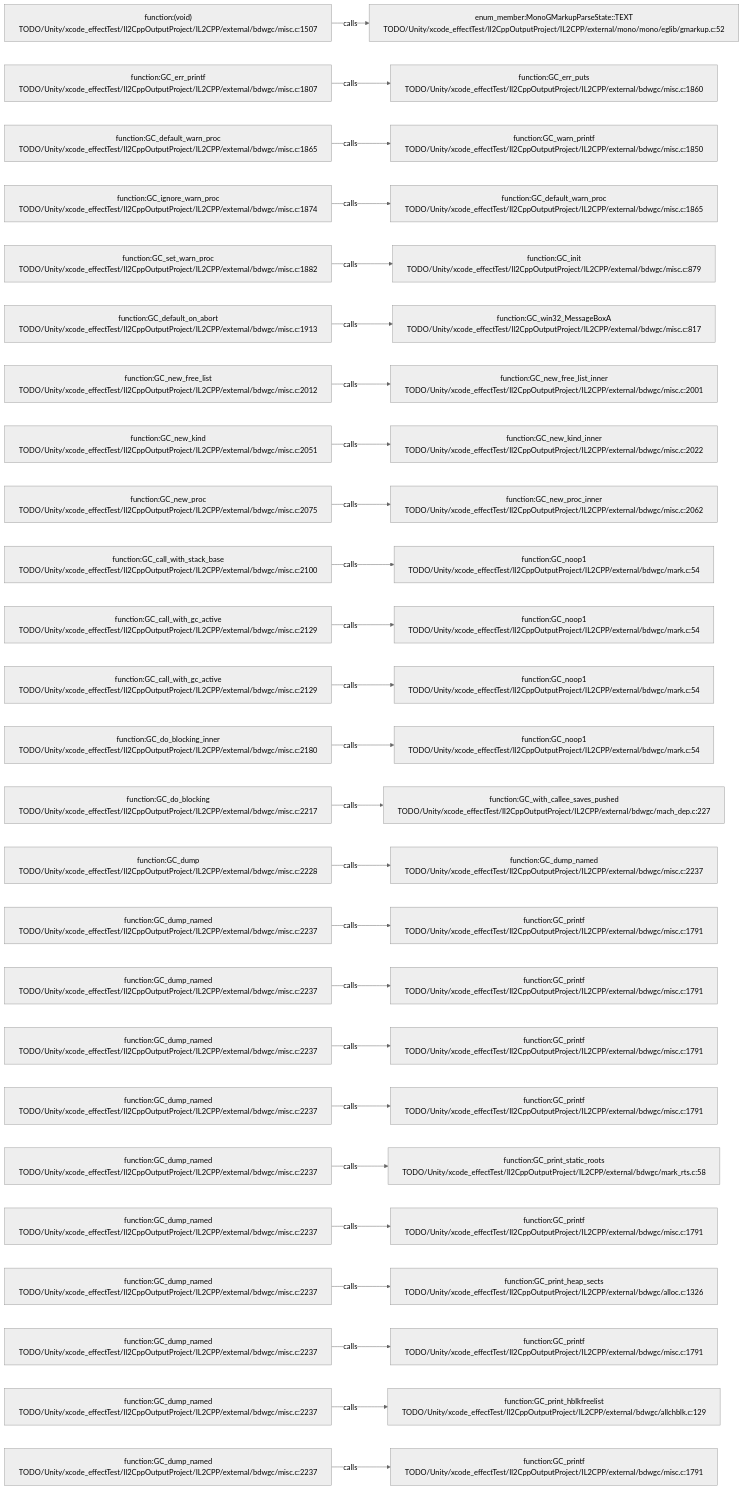
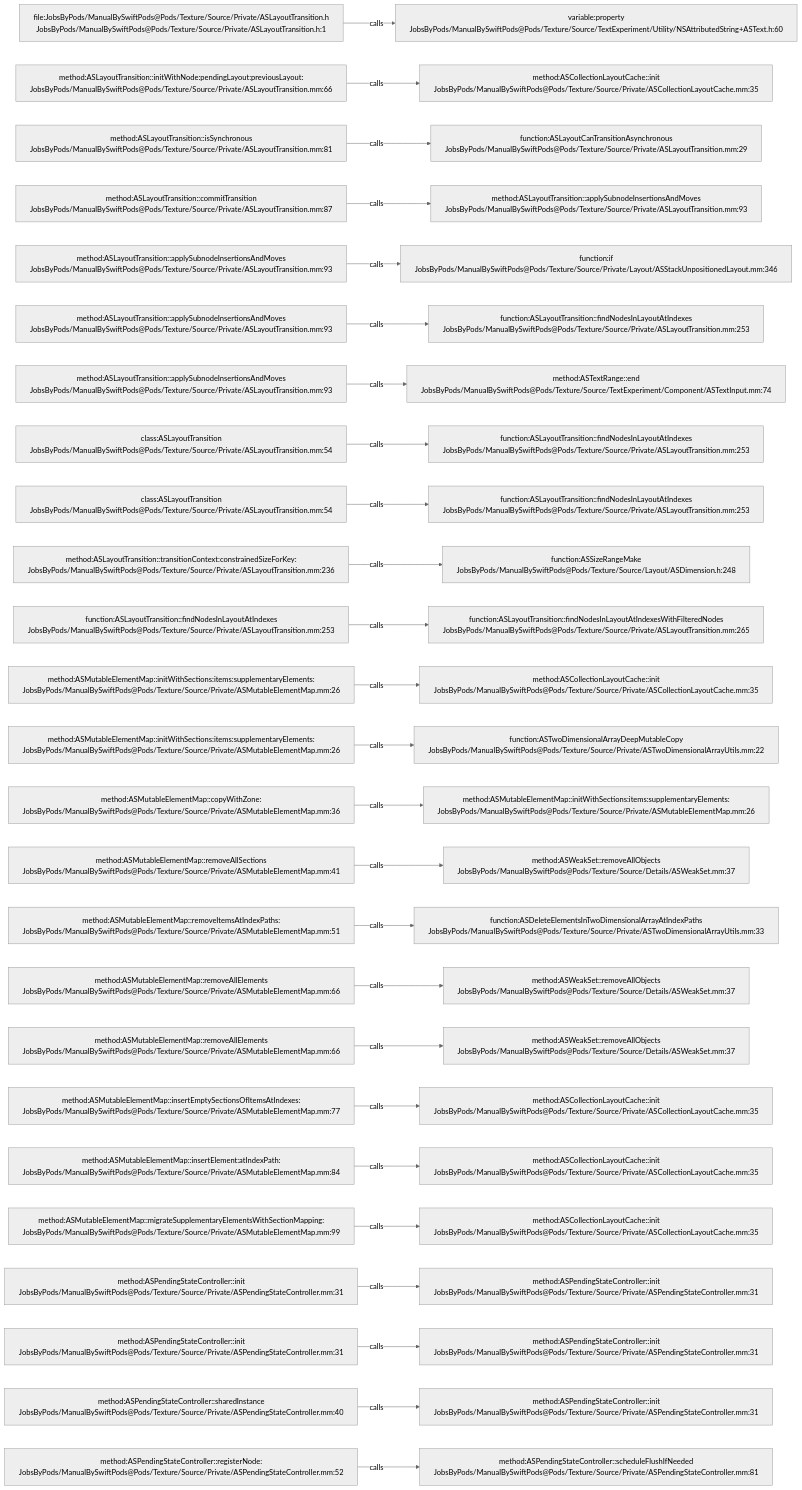
Before and after one commit to JobsKits/JobsSwiftBaseConfigDemo: the diagram in .codegraph/codegraph.md/graphs/calls-140.md, drawn with Mermaid (neutral theme). The commit also changed 2959 other files, not shown here.

````diff
--- a/.codegraph/codegraph.md/graphs/calls-140.md
+++ b/.codegraph/codegraph.md/graphs/calls-140.md
@@ -13,78 +13,78 @@
 ```mermaid
 flowchart LR
-  S1["function:(void)<br/>TODO/Unity/xcode_effectTest/Il2CppOutputProject/IL2CPP/external/bdwgc/misc.c:1507"]
-  T1["enum_member:MonoGMarkupParseState::TEXT<br/>TODO/Unity/xcode_effectTest/Il2CppOutputProject/IL2CPP/external/mono/mono/eglib/gmarkup.c:52"]
+  S1["file:JobsByPods/ManualBySwiftPods@Pods/Texture/Source/Private/ASLayoutTransition.h<br/>JobsByPods/ManualBySwiftPods@Pods/Texture/Source/Private/ASLayoutTransition.h:1"]
+  T1["variable:property<br/>JobsByPods/ManualBySwiftPods@Pods/Texture/Source/TextExperiment/Utility/NSAttributedString+ASText.h:60"]
   S1 -->|calls| T1
-  S2["function:GC_err_printf<br/>TODO/Unity/xcode_effectTest/Il2CppOutputProject/IL2CPP/external/bdwgc/misc.c:1807"]
-  T2["function:GC_err_puts<br/>TODO/Unity/xcode_effectTest/Il2CppOutputProject/IL2CPP/external/bdwgc/misc.c:1860"]
+  S2["method:ASLayoutTransition::initWithNode:pendingLayout:previousLayout:<br/>JobsByPods/ManualBySwiftPods@Pods/Texture/Source/Private/ASLayoutTransition.mm:66"]
+  T2["method:ASCollectionLayoutCache::init<br/>JobsByPods/ManualBySwiftPods@Pods/Texture/Source/Private/ASCollectionLayoutCache.mm:35"]
   S2 -->|calls| T2
-  S3["function:GC_default_warn_proc<br/>TODO/Unity/xcode_effectTest/Il2CppOutputProject/IL2CPP/external/bdwgc/misc.c:1865"]
-  T3["function:GC_warn_printf<br/>TODO/Unity/xcode_effectTest/Il2CppOutputProject/IL2CPP/external/bdwgc/misc.c:1850"]
+  S3["method:ASLayoutTransition::isSynchronous<br/>JobsByPods/ManualBySwiftPods@Pods/Texture/Source/Private/ASLayoutTransition.mm:81"]
+  T3["function:ASLayoutCanTransitionAsynchronous<br/>JobsByPods/ManualBySwiftPods@Pods/Texture/Source/Private/ASLayoutTransition.mm:29"]
   S3 -->|calls| T3
-  S4["function:GC_ignore_warn_proc<br/>TODO/Unity/xcode_effectTest/Il2CppOutputProject/IL2CPP/external/bdwgc/misc.c:1874"]
-  T4["function:GC_default_warn_proc<br/>TODO/Unity/xcode_effectTest/Il2CppOutputProject/IL2CPP/external/bdwgc/misc.c:1865"]
+  S4["method:ASLayoutTransition::commitTransition<br/>JobsByPods/ManualBySwiftPods@Pods/Texture/Source/Private/ASLayoutTransition.mm:87"]
+  T4["method:ASLayoutTransition::applySubnodeInsertionsAndMoves<br/>JobsByPods/ManualBySwiftPods@Pods/Texture/Source/Private/ASLayoutTransition.mm:93"]
   S4 -->|calls| T4
-  S5["function:GC_set_warn_proc<br/>TODO/Unity/xcode_effectTest/Il2CppOutputProject/IL2CPP/external/bdwgc/misc.c:1882"]
-  T5["function:GC_init<br/>TODO/Unity/xcode_effectTest/Il2CppOutputProject/IL2CPP/external/bdwgc/misc.c:879"]
+  S5["method:ASLayoutTransition::applySubnodeInsertionsAndMoves<br/>JobsByPods/ManualBySwiftPods@Pods/Texture/Source/Private/ASLayoutTransition.mm:93"]
+  T5["function:if<br/>JobsByPods/ManualBySwiftPods@Pods/Texture/Source/Private/Layout/ASStackUnpositionedLayout.mm:346"]
   S5 -->|calls| T5
-  S6["function:GC_default_on_abort<br/>TODO/Unity/xcode_effectTest/Il2CppOutputProject/IL2CPP/external/bdwgc/misc.c:1913"]
-  T6["function:GC_win32_MessageBoxA<br/>TODO/Unity/xcode_effectTest/Il2CppOutputProject/IL2CPP/external/bdwgc/misc.c:817"]
+  S6["method:ASLayoutTransition::applySubnodeInsertionsAndMoves<br/>JobsByPods/ManualBySwiftPods@Pods/Texture/Source/Private/ASLayoutTransition.mm:93"]
+  T6["function:ASLayoutTransition::findNodesInLayoutAtIndexes<br/>JobsByPods/ManualBySwiftPods@Pods/Texture/Source/Private/ASLayoutTransition.mm:253"]
   S6 -->|calls| T6
-  S7["function:GC_new_free_list<br/>TODO/Unity/xcode_effectTest/Il2CppOutputProject/IL2CPP/external/bdwgc/misc.c:2012"]
-  T7["function:GC_new_free_list_inner<br/>TODO/Unity/xcode_effectTest/Il2CppOutputProject/IL2CPP/external/bdwgc/misc.c:2001"]
+  S7["method:ASLayoutTransition::applySubnodeInsertionsAndMoves<br/>JobsByPods/ManualBySwiftPods@Pods/Texture/Source/Private/ASLayoutTransition.mm:93"]
+  T7["method:ASTextRange::end<br/>JobsByPods/ManualBySwiftPods@Pods/Texture/Source/TextExperiment/Component/ASTextInput.mm:74"]
   S7 -->|calls| T7
-  S8["function:GC_new_kind<br/>TODO/Unity/xcode_effectTest/Il2CppOutputProject/IL2CPP/external/bdwgc/misc.c:2051"]
-  T8["function:GC_new_kind_inner<br/>TODO/Unity/xcode_effectTest/Il2CppOutputProject/IL2CPP/external/bdwgc/misc.c:2022"]
+  S8["class:ASLayoutTransition<br/>JobsByPods/ManualBySwiftPods@Pods/Texture/Source/Private/ASLayoutTransition.mm:54"]
+  T8["function:ASLayoutTransition::findNodesInLayoutAtIndexes<br/>JobsByPods/ManualBySwiftPods@Pods/Texture/Source/Private/ASLayoutTransition.mm:253"]
   S8 -->|calls| T8
-  S9["function:GC_new_proc<br/>TODO/Unity/xcode_effectTest/Il2CppOutputProject/IL2CPP/external/bdwgc/misc.c:2075"]
-  T9["function:GC_new_proc_inner<br/>TODO/Unity/xcode_effectTest/Il2CppOutputProject/IL2CPP/external/bdwgc/misc.c:2062"]
+  S9["class:ASLayoutTransition<br/>JobsByPods/ManualBySwiftPods@Pods/Texture/Source/Private/ASLayoutTransition.mm:54"]
+  T9["function:ASLayoutTransition::findNodesInLayoutAtIndexes<br/>JobsByPods/ManualBySwiftPods@Pods/Texture/Source/Private/ASLayoutTransition.mm:253"]
   S9 -->|calls| T9
-  S10["function:GC_call_with_stack_base<br/>TODO/Unity/xcode_effectTest/Il2CppOutputProject/IL2CPP/external/bdwgc/misc.c:2100"]
-  T10["function:GC_noop1<br/>TODO/Unity/xcode_effectTest/Il2CppOutputProject/IL2CPP/external/bdwgc/mark.c:54"]
+  S10["method:ASLayoutTransition::transitionContext:constrainedSizeForKey:<br/>JobsByPods/ManualBySwiftPods@Pods/Texture/Source/Private/ASLayoutTransition.mm:236"]
+  T10["function:ASSizeRangeMake<br/>JobsByPods/ManualBySwiftPods@Pods/Texture/Source/Layout/ASDimension.h:248"]
   S10 -->|calls| T10
-  S11["function:GC_call_with_gc_active<br/>TODO/Unity/xcode_effectTest/Il2CppOutputProject/IL2CPP/external/bdwgc/misc.c:2129"]
-  T11["function:GC_noop1<br/>TODO/Unity/xcode_effectTest/Il2CppOutputProject/IL2CPP/external/bdwgc/mark.c:54"]
+  S11["function:ASLayoutTransition::findNodesInLayoutAtIndexes<br/>JobsByPods/ManualBySwiftPods@Pods/Texture/Source/Private/ASLayoutTransition.mm:253"]
+  T11["function:ASLayoutTransition::findNodesInLayoutAtIndexesWithFilteredNodes<br/>JobsByPods/ManualBySwiftPods@Pods/Texture/Source/Private/ASLayoutTransition.mm:265"]
   S11 -->|calls| T11
-  S12["function:GC_call_with_gc_active<br/>TODO/Unity/xcode_effectTest/Il2CppOutputProject/IL2CPP/external/bdwgc/misc.c:2129"]
-  T12["function:GC_noop1<br/>TODO/Unity/xcode_effectTest/Il2CppOutputProject/IL2CPP/external/bdwgc/mark.c:54"]
+  S12["method:ASMutableElementMap::initWithSections:items:supplementaryElements:<br/>JobsByPods/ManualBySwiftPods@Pods/Texture/Source/Private/ASMutableElementMap.mm:26"]
+  T12["method:ASCollectionLayoutCache::init<br/>JobsByPods/ManualBySwiftPods@Pods/Texture/Source/Private/ASCollectionLayoutCache.mm:35"]
   S12 -->|calls| T12
-  S13["function:GC_do_blocking_inner<br/>TODO/Unity/xcode_effectTest/Il2CppOutputProject/IL2CPP/external/bdwgc/misc.c:2180"]
-  T13["function:GC_noop1<br/>TODO/Unity/xcode_effectTest/Il2CppOutputProject/IL2CPP/external/bdwgc/mark.c:54"]
+  S13["method:ASMutableElementMap::initWithSections:items:supplementaryElements:<br/>JobsByPods/ManualBySwiftPods@Pods/Texture/Source/Private/ASMutableElementMap.mm:26"]
+  T13["function:ASTwoDimensionalArrayDeepMutableCopy<br/>JobsByPods/ManualBySwiftPods@Pods/Texture/Source/Private/ASTwoDimensionalArrayUtils.mm:22"]
   S13 -->|calls| T13
-  S14["function:GC_do_blocking<br/>TODO/Unity/xcode_effectTest/Il2CppOutputProject/IL2CPP/external/bdwgc/misc.c:2217"]
-  T14["function:GC_with_callee_saves_pushed<br/>TODO/Unity/xcode_effectTest/Il2CppOutputProject/IL2CPP/external/bdwgc/mach_dep.c:227"]
+  S14["method:ASMutableElementMap::copyWithZone:<br/>JobsByPods/ManualBySwiftPods@Pods/Texture/Source/Private/ASMutableElementMap.mm:36"]
+  T14["method:ASMutableElementMap::initWithSections:items:supplementaryElements:<br/>JobsByPods/ManualBySwiftPods@Pods/Texture/Source/Private/ASMutableElementMap.mm:26"]
   S14 -->|calls| T14
-  S15["function:GC_dump<br/>TODO/Unity/xcode_effectTest/Il2CppOutputProject/IL2CPP/external/bdwgc/misc.c:2228"]
-  T15["function:GC_dump_named<br/>TODO/Unity/xcode_effectTest/Il2CppOutputProject/IL2CPP/external/bdwgc/misc.c:2237"]
+  S15["method:ASMutableElementMap::removeAllSections<br/>JobsByPods/ManualBySwiftPods@Pods/Texture/Source/Private/ASMutableElementMap.mm:41"]
+  T15["method:ASWeakSet::removeAllObjects<br/>JobsByPods/ManualBySwiftPods@Pods/Texture/Source/Details/ASWeakSet.mm:37"]
   S15 -->|calls| T15
-  S16["function:GC_dump_named<br/>TODO/Unity/xcode_effectTest/Il2CppOutputProject/IL2CPP/external/bdwgc/misc.c:2237"]
-  T16["function:GC_printf<br/>TODO/Unity/xcode_effectTest/Il2CppOutputProject/IL2CPP/external/bdwgc/misc.c:1791"]
+  S16["method:ASMutableElementMap::removeItemsAtIndexPaths:<br/>JobsByPods/ManualBySwiftPods@Pods/Texture/Source/Private/ASMutableElementMap.mm:51"]
+  T16["function:ASDeleteElementsInTwoDimensionalArrayAtIndexPaths<br/>JobsByPods/ManualBySwiftPods@Pods/Texture/Source/Private/ASTwoDimensionalArrayUtils.mm:33"]
   S16 -->|calls| T16
-  S17["function:GC_dump_named<br/>TODO/Unity/xcode_effectTest/Il2CppOutputProject/IL2CPP/external/bdwgc/misc.c:2237"]
-  T17["function:GC_printf<br/>TODO/Unity/xcode_effectTest/Il2CppOutputProject/IL2CPP/external/bdwgc/misc.c:1791"]
+  S17["method:ASMutableElementMap::removeAllElements<br/>JobsByPods/ManualBySwiftPods@Pods/Texture/Source/Private/ASMutableElementMap.mm:66"]
+  T17["method:ASWeakSet::removeAllObjects<br/>JobsByPods/ManualBySwiftPods@Pods/Texture/Source/Details/ASWeakSet.mm:37"]
   S17 -->|calls| T17
-  S18["function:GC_dump_named<br/>TODO/Unity/xcode_effectTest/Il2CppOutputProject/IL2CPP/external/bdwgc/misc.c:2237"]
-  T18["function:GC_printf<br/>TODO/Unity/xcode_effectTest/Il2CppOutputProject/IL2CPP/external/bdwgc/misc.c:1791"]
+  S18["method:ASMutableElementMap::removeAllElements<br/>JobsByPods/ManualBySwiftPods@Pods/Texture/Source/Private/ASMutableElementMap.mm:66"]
+  T18["method:ASWeakSet::removeAllObjects<br/>JobsByPods/ManualBySwiftPods@Pods/Texture/Source/Details/ASWeakSet.mm:37"]
   S18 -->|calls| T18
-  S19["function:GC_dump_named<br/>TODO/Unity/xcode_effectTest/Il2CppOutputProject/IL2CPP/external/bdwgc/misc.c:2237"]
-  T19["function:GC_printf<br/>TODO/Unity/xcode_effectTest/Il2CppOutputProject/IL2CPP/external/bdwgc/misc.c:1791"]
+  S19["method:ASMutableElementMap::insertEmptySectionsOfItemsAtIndexes:<br/>JobsByPods/ManualBySwiftPods@Pods/Texture/Source/Private/ASMutableElementMap.mm:77"]
+  T19["method:ASCollectionLayoutCache::init<br/>JobsByPods/ManualBySwiftPods@Pods/Texture/Source/Private/ASCollectionLayoutCache.mm:35"]
   S19 -->|calls| T19
-  S20["function:GC_dump_named<br/>TODO/Unity/xcode_effectTest/Il2CppOutputProject/IL2CPP/external/bdwgc/misc.c:2237"]
-  T20["function:GC_print_static_roots<br/>TODO/Unity/xcode_effectTest/Il2CppOutputProject/IL2CPP/external/bdwgc/mark_rts.c:58"]
+  S20["method:ASMutableElementMap::insertElement:atIndexPath:<br/>JobsByPods/ManualBySwiftPods@Pods/Texture/Source/Private/ASMutableElementMap.mm:84"]
+  T20["method:ASCollectionLayoutCache::init<br/>JobsByPods/ManualBySwiftPods@Pods/Texture/Source/Private/ASCollectionLayoutCache.mm:35"]
   S20 -->|calls| T20
-  S21["function:GC_dump_named<br/>TODO/Unity/xcode_effectTest/Il2CppOutputProject/IL2CPP/external/bdwgc/misc.c:2237"]
-  T21["function:GC_printf<br/>TODO/Unity/xcode_effectTest/Il2CppOutputProject/IL2CPP/external/bdwgc/misc.c:1791"]
+  S21["method:ASMutableElementMap::migrateSupplementaryElementsWithSectionMapping:<br/>JobsByPods/ManualBySwiftPods@Pods/Texture/Source/Private/ASMutableElementMap.mm:99"]
+  T21["method:ASCollectionLayoutCache::init<br/>JobsByPods/ManualBySwiftPods@Pods/Texture/Source/Private/ASCollectionLayoutCache.mm:35"]
   S21 -->|calls| T21
-  S22["function:GC_dump_named<br/>TODO/Unity/xcode_effectTest/Il2CppOutputProject/IL2CPP/external/bdwgc/misc.c:2237"]
-  T22["function:GC_print_heap_sects<br/>TODO/Unity/xcode_effectTest/Il2CppOutputProject/IL2CPP/external/bdwgc/alloc.c:1326"]
+  S22["method:ASPendingStateController::init<br/>JobsByPods/ManualBySwiftPods@Pods/Texture/Source/Private/ASPendingStateController.mm:31"]
+  T22["method:ASPendingStateController::init<br/>JobsByPods/ManualBySwiftPods@Pods/Texture/Source/Private/ASPendingStateController.mm:31"]
   S22 -->|calls| T22
-  S23["function:GC_dump_named<br/>TODO/Unity/xcode_effectTest/Il2CppOutputProject/IL2CPP/external/bdwgc/misc.c:2237"]
-  T23["function:GC_printf<br/>TODO/Unity/xcode_effectTest/Il2CppOutputProject/IL2CPP/external/bdwgc/misc.c:1791"]
+  S23["method:ASPendingStateController::init<br/>JobsByPods/ManualBySwiftPods@Pods/Texture/Source/Private/ASPendingStateController.mm:31"]
+  T23["method:ASPendingStateController::init<br/>JobsByPods/ManualBySwiftPods@Pods/Texture/Source/Private/ASPendingStateController.mm:31"]
   S23 -->|calls| T23
-  S24["function:GC_dump_named<br/>TODO/Unity/xcode_effectTest/Il2CppOutputProject/IL2CPP/external/bdwgc/misc.c:2237"]
-  T24["function:GC_print_hblkfreelist<br/>TODO/Unity/xcode_effectTest/Il2CppOutputProject/IL2CPP/external/bdwgc/allchblk.c:129"]
+  S24["method:ASPendingStateController::sharedInstance<br/>JobsByPods/ManualBySwiftPods@Pods/Texture/Source/Private/ASPendingStateController.mm:40"]
+  T24["method:ASPendingStateController::init<br/>JobsByPods/ManualBySwiftPods@Pods/Texture/Source/Private/ASPendingStateController.mm:31"]
   S24 -->|calls| T24
-  S25["function:GC_dump_named<br/>TODO/Unity/xcode_effectTest/Il2CppOutputProject/IL2CPP/external/bdwgc/misc.c:2237"]
-  T25["function:GC_printf<br/>TODO/Unity/xcode_effectTest/Il2CppOutputProject/IL2CPP/external/bdwgc/misc.c:1791"]
+  S25["method:ASPendingStateController::registerNode:<br/>JobsByPods/ManualBySwiftPods@Pods/Texture/Source/Private/ASPendingStateController.mm:52"]
+  T25["method:ASPendingStateController::scheduleFlushIfNeeded<br/>JobsByPods/ManualBySwiftPods@Pods/Texture/Source/Private/ASPendingStateController.mm:81"]
   S25 -->|calls| T25
 ```
````
